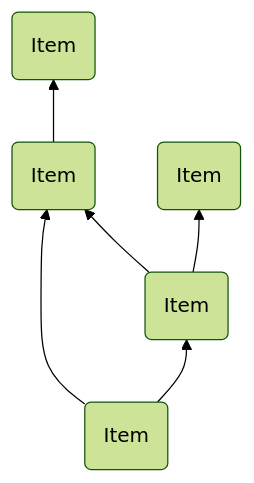
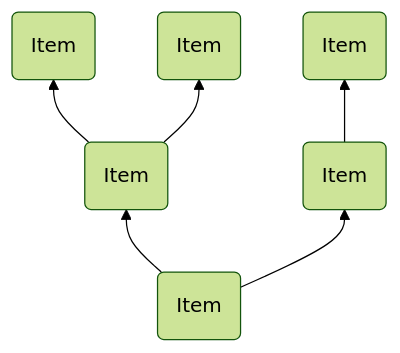
Before and after one commit to czrpb/racket: the second of 3 diagrams in play/binarytrees/basic-btree/README.md, drawn with Mermaid (forest theme).

````diff
--- a/play/binarytrees/basic-btree/README.md
+++ b/play/binarytrees/basic-btree/README.md
@@ -22,6 +22,6 @@
 ```mermaid
 flowchart BT
   id1(Item) --> id2(Item) & id3(Item)
-  id2(Item) --> id3(Item) & id4(Item)
-  id3(Item) --> id5(Item)
+  id2(Item) --> id4(Item) & id5(Item)
+  id3(Item) --> id6(Item)
 ```
````
